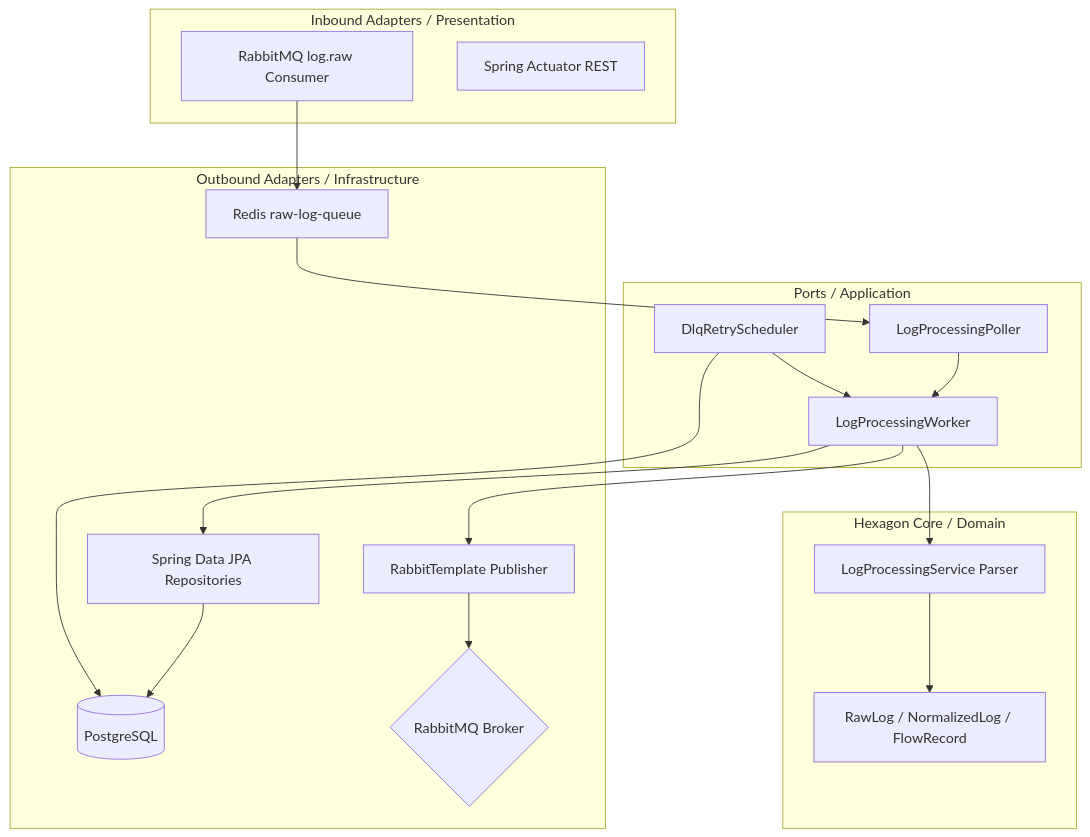
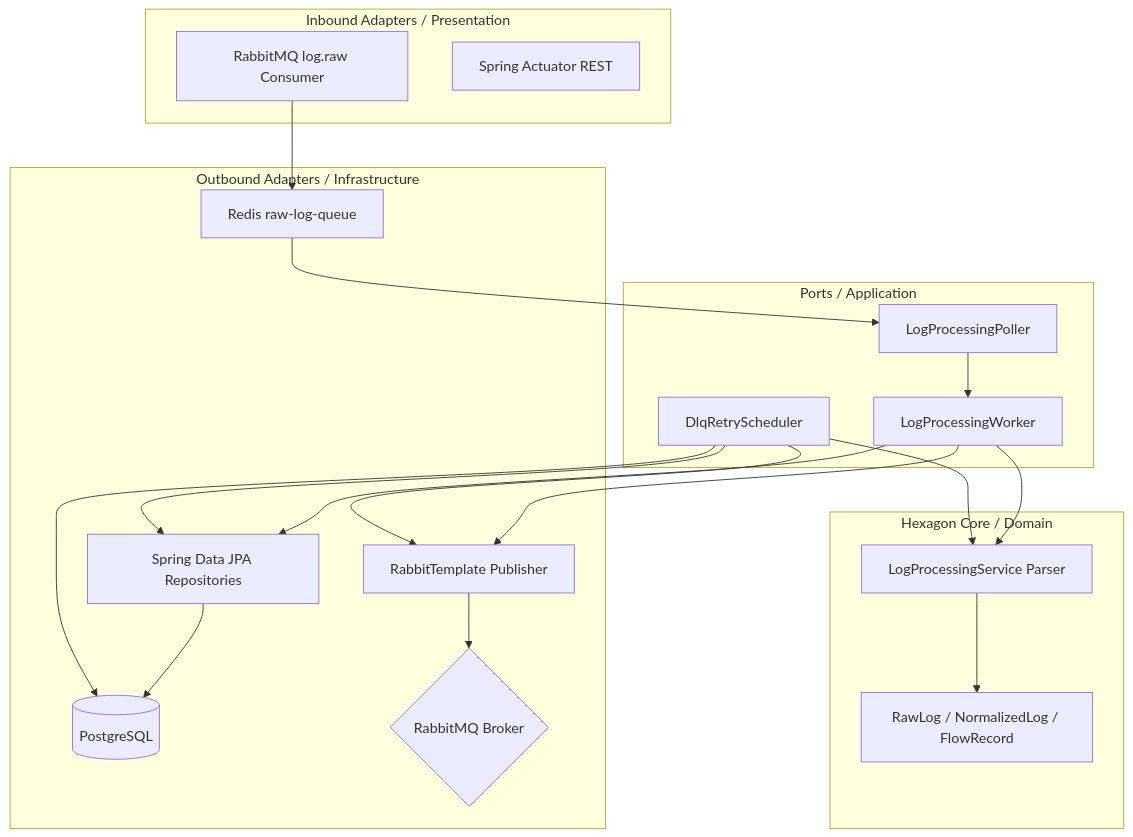
Before and after one commit to nvh12/log-analyzer: the diagram in docs/LogProcessingService.md, drawn with Mermaid. The commit also changed other lines of this file and 45 other files, not shown here.

````diff
--- a/docs/LogProcessingService.md
+++ b/docs/LogProcessingService.md
@@ -16,38 +16,40 @@
 ```mermaid
 graph TD
     subgraph Inbound Adapters / Presentation
         Listener[RabbitMQ log.raw Consumer]
         Actuator[Spring Actuator REST]
     end
 
     subgraph Ports / Application
         Poller[LogProcessingPoller]
         Worker[LogProcessingWorker]
         RetryScheduler[DlqRetryScheduler]
     end
 
     subgraph Hexagon Core / Domain
         Parser[LogProcessingService Parser]
         Entity[RawLog / NormalizedLog / FlowRecord]
     end
 
     subgraph Outbound Adapters / Infrastructure
         Queue[Redis raw-log-queue]
         JPA[Spring Data JPA Repositories]
         DB[(PostgreSQL)]
         Rabbit[RabbitTemplate Publisher]
         RMQ{RabbitMQ Broker}
     end
 
     Listener --> Queue
     Queue --> Poller
     Poller --> Worker
     Worker --> Parser
     Parser --> Entity
     Worker --> JPA
     JPA --> DB
     Worker --> Rabbit
     Rabbit --> RMQ
-    RetryScheduler --> Worker
+    RetryScheduler --> Parser
+    RetryScheduler --> JPA
+    RetryScheduler --> Rabbit
     RetryScheduler --> DB
 ```
````
